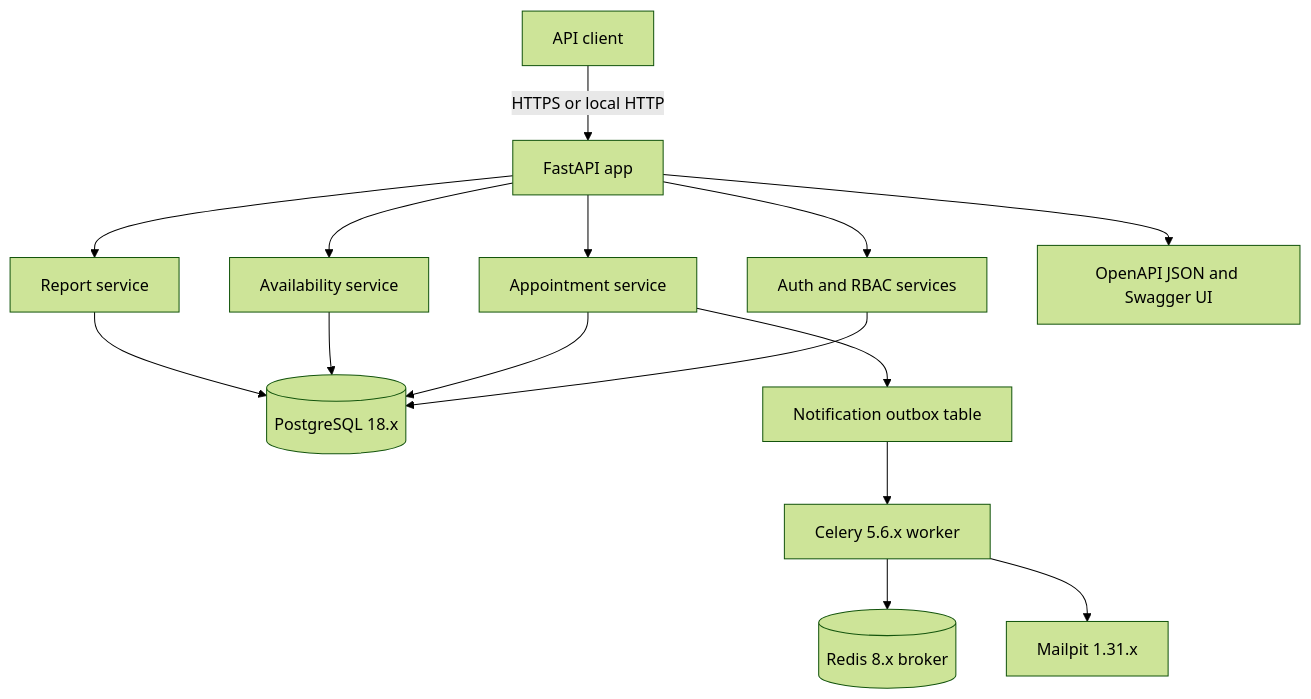
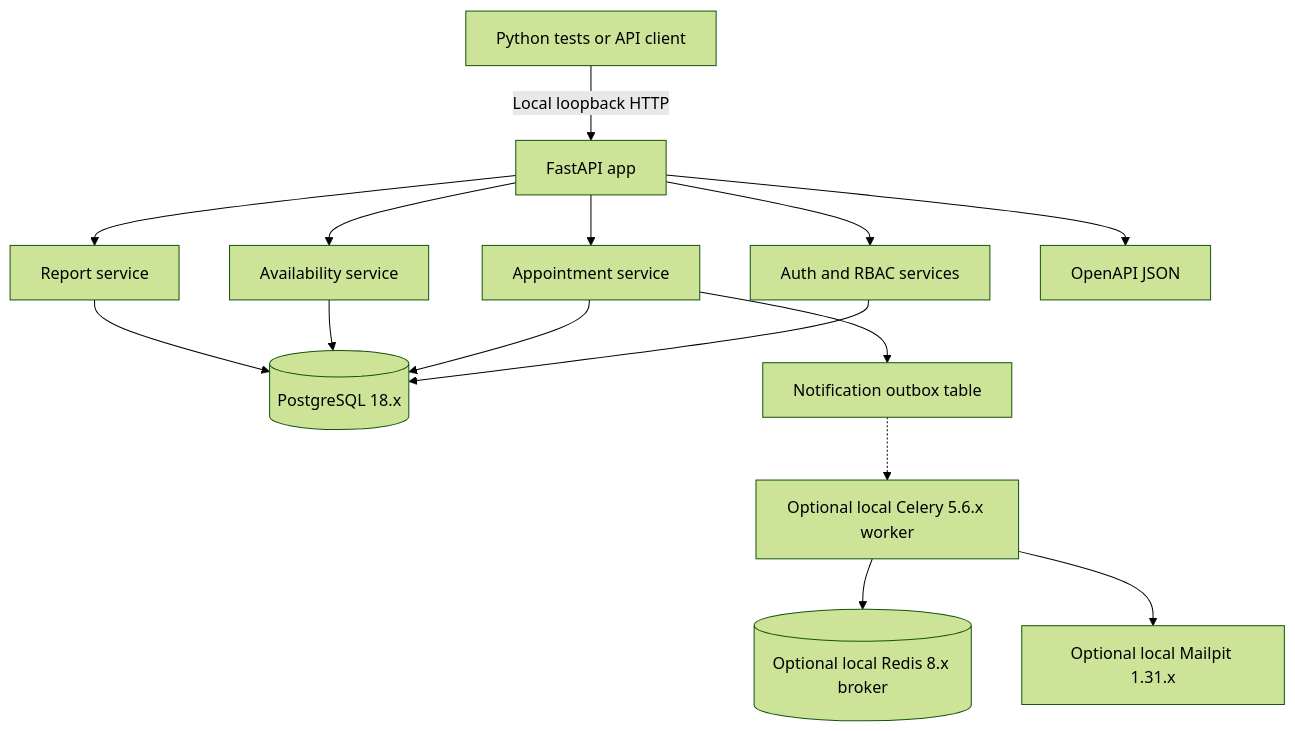
The second of 7 diagrams in docs/05-system-architecture.md (sukurcf/spec-clinicq-appointment-api), drawn with Mermaid (forest theme) before and after one commit. The commit also changed other lines of this file and 14 other files, not shown here.

````diff
--- a/docs/05-system-architecture.md
+++ b/docs/05-system-architecture.md
@@ -27,17 +29,17 @@
 ```mermaid
 flowchart TB
-  Client[API client] -->|HTTPS or local HTTP| FastAPI[FastAPI app]
+  Client[Python tests or API client] -->|Local loopback HTTP| FastAPI[FastAPI app]
   FastAPI --> Auth[Auth and RBAC services]
   FastAPI --> Appointment[Appointment service]
   FastAPI --> Availability[Availability service]
   FastAPI --> Report[Report service]
   Auth --> Postgres[(PostgreSQL 18.x)]
   Appointment --> Postgres
   Availability --> Postgres
   Report --> Postgres
   Appointment --> Outbox[Notification outbox table]
-  Outbox --> Worker[Celery 5.6.x worker]
-  Worker --> Redis[(Redis 8.x broker)]
-  Worker --> Mailpit[Mailpit 1.31.x]
-  FastAPI --> OpenAPI[OpenAPI JSON and Swagger UI]
+  Outbox -.-> Worker[Optional local Celery 5.6.x worker]
+  Worker --> Redis[(Optional local Redis 8.x broker)]
+  Worker --> Mailpit[Optional local Mailpit 1.31.x]
+  FastAPI --> OpenAPI[OpenAPI JSON]
 ```
````
